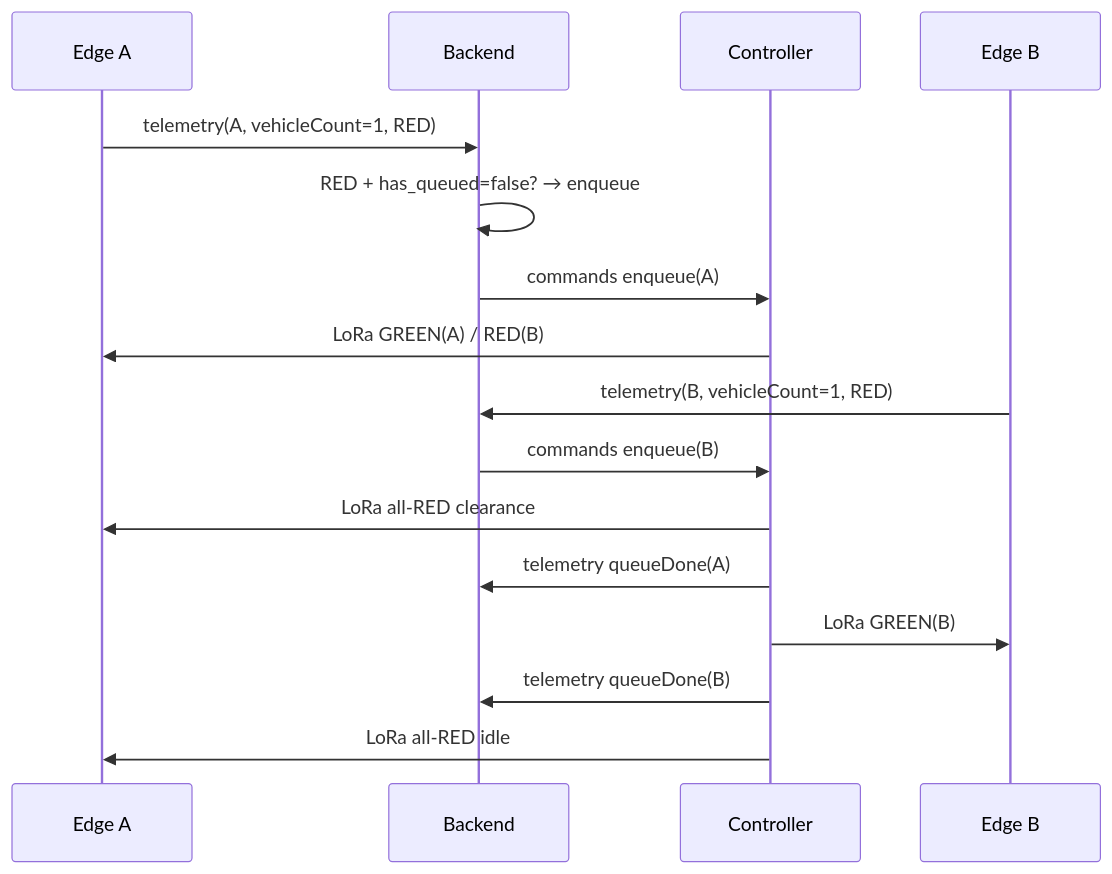
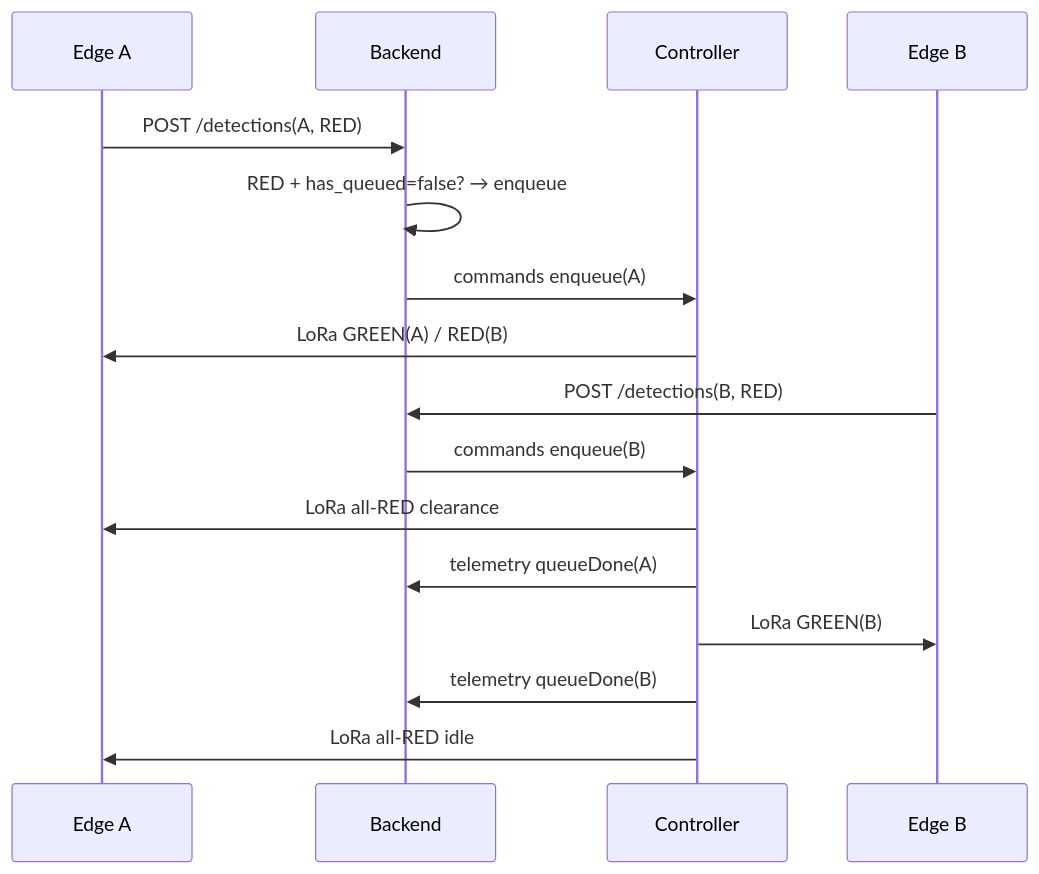
One commit to vclane/vclane-docs changed the third of 3 diagrams in docs/traffic-controller.md. Above: the diagram before and after it, drawn with Mermaid. The commit also changed other lines of this file and 9 other files, not shown here.

Commit message:
docs: no-count edge, unified detection module, queue gate on POST /detections (2.7.0)

````diff
--- a/docs/traffic-controller.md
+++ b/docs/traffic-controller.md
@@ -178,18 +178,18 @@
 ```mermaid
 sequenceDiagram
     participant A as Edge A
     participant S as Backend
     participant C as Controller
     participant B as Edge B
-    A->>S: telemetry(A, vehicleCount=1, RED)
+    A->>S: POST /detections(A, RED)
     S->>S: RED + has_queued=false? → enqueue
     S->>C: commands enqueue(A)
     C->>A: LoRa GREEN(A) / RED(B)
-    B->>S: telemetry(B, vehicleCount=1, RED)
+    B->>S: POST /detections(B, RED)
     S->>C: commands enqueue(B)
     C->>A: LoRa all-RED clearance
     C->>S: telemetry queueDone(A)
     C->>B: LoRa GREEN(B)
     C->>S: telemetry queueDone(B)
     C->>A: LoRa all-RED idle
 ```
````
